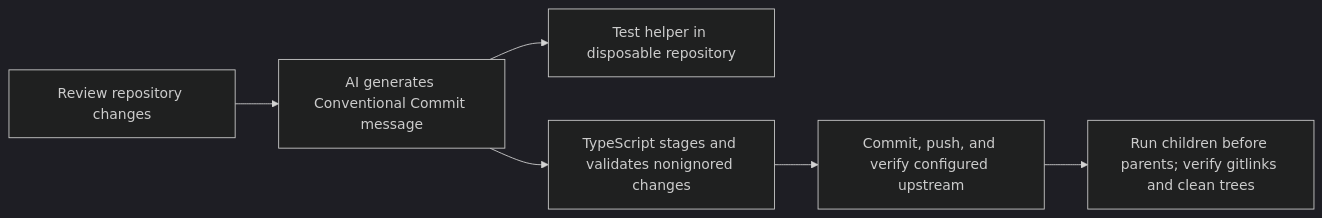
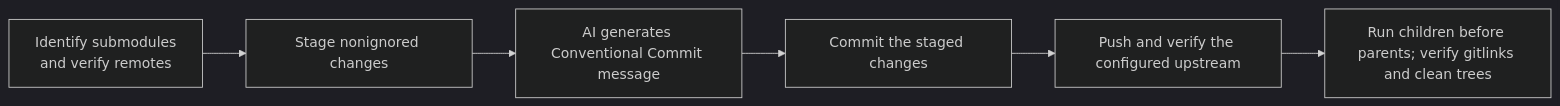
Before and after one commit to anoblet/copilot: the diagram in .agents/skills/anoblet-commit/readme.md, drawn with Mermaid (dark theme). The commit also changed other lines of this file and 2 other files, not shown here.

Commit message:
refactor(anoblet-commit): reduce the workflow to five steps

````diff
--- a/.agents/skills/anoblet-commit/readme.md
+++ b/.agents/skills/anoblet-commit/readme.md
@@ -5,8 +5,8 @@
 ```mermaid
 flowchart LR
-    A[Review repository changes] --> B[AI generates Conventional Commit message]
-    B --> T[Test helper in disposable repository]
-    B --> C[TypeScript stages and validates nonignored changes]
-    C --> D[Commit, push, and verify configured upstream]
-    D --> E[Run children before parents; verify gitlinks and clean trees]
+    A[Identify submodules<br/>and verify remotes] --> B[Stage nonignored changes]
+    B --> C[AI generates Conventional Commit message]
+    C --> D[Commit the staged changes]
+    D --> E[Push and verify the configured upstream]
+    E --> F[Run children before parents; verify gitlinks and clean trees]
 ```
````
